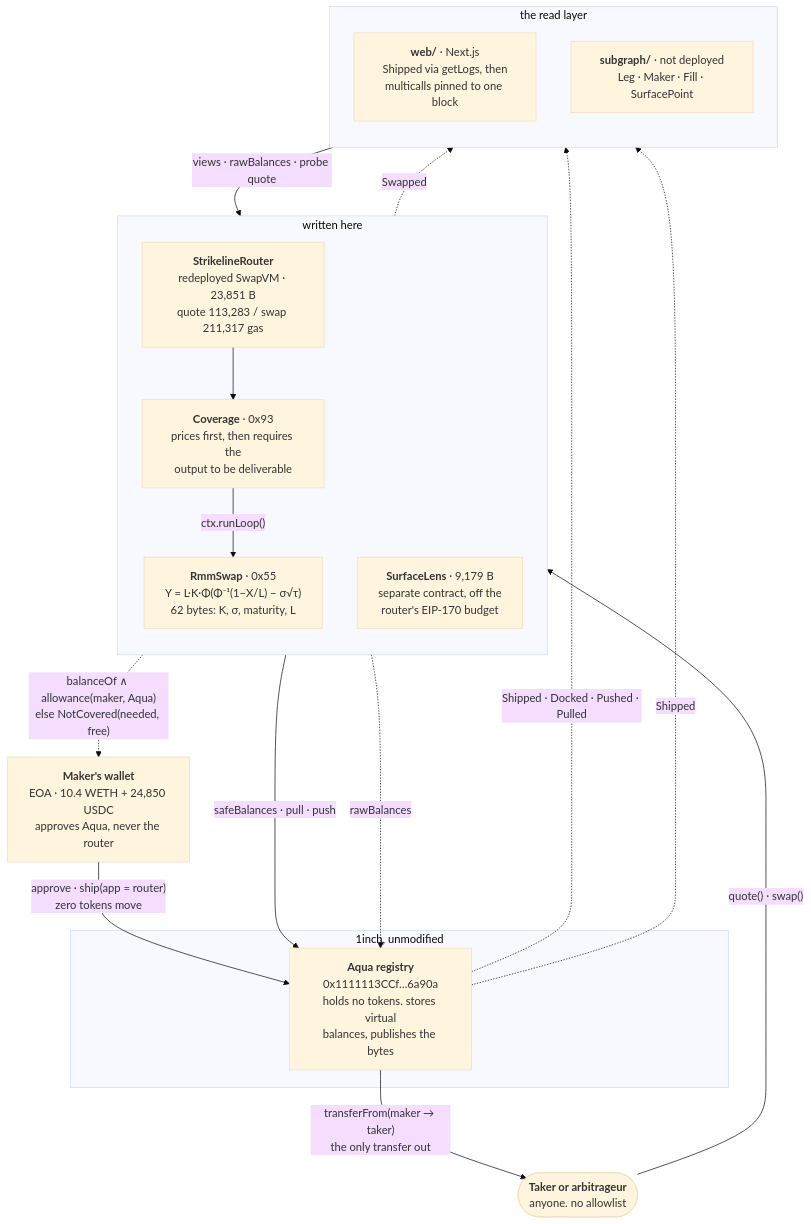
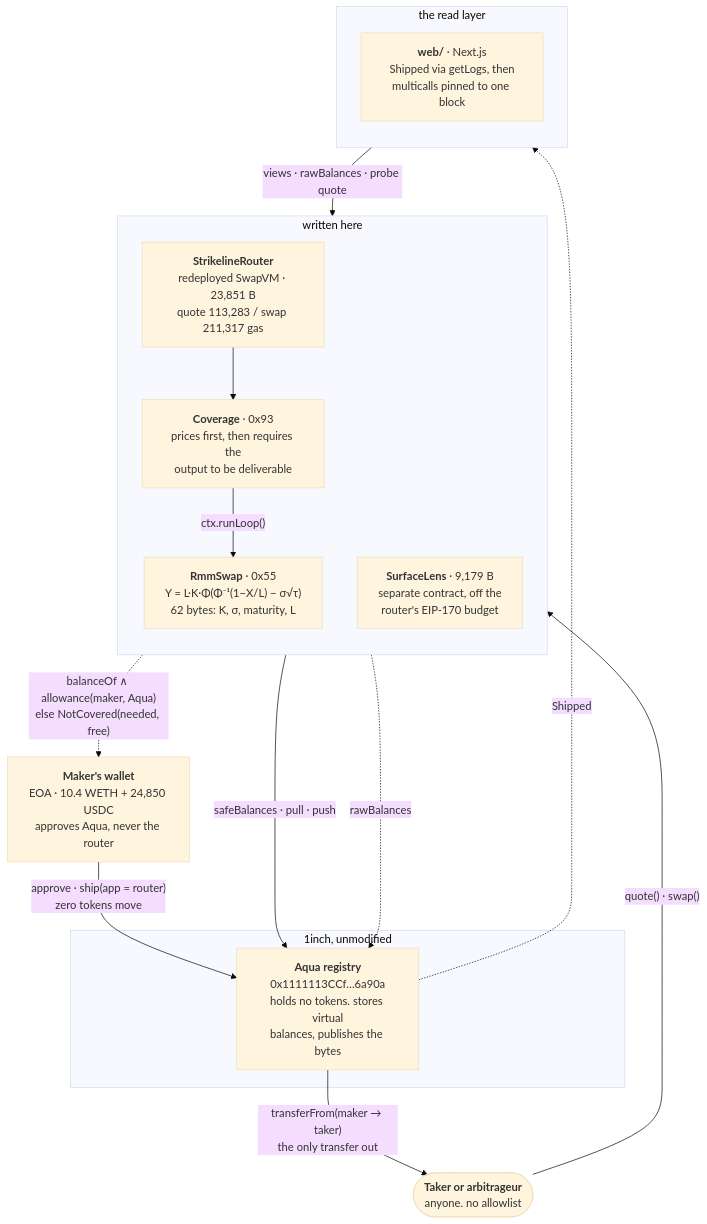
The diagram in docs/diagrams/architecture.mmd (Kirillr-Sibirski/aqua-app), drawn with Mermaid (base theme) before and after one commit. The commit also changed 5 other files, not shown here.

Commit message:
docs: drop the subgraph from the README, architecture, in-depth notes and diagram

```diff
--- a/docs/diagrams/architecture.mmd
+++ b/docs/diagrams/architecture.mmd
@@ -1,37 +1,34 @@
 %% Strikeline architecture. Source of truth: the fenced block in docs/ARCHITECTURE.md.
 %% Regenerate this file and architecture.svg with the two commands at the end of that document.
 flowchart TB
   wallet["<b>Maker's wallet</b><br/>EOA · 10.4 WETH + 24,850 USDC<br/>approves Aqua, never the router"]
   taker(["<b>Taker or arbitrageur</b><br/>anyone. no allowlist"])
 
   subgraph ours["written here"]
     direction TB
     router["<b>StrikelineRouter</b><br/>redeployed SwapVM · 23,851 B<br/>quote 113,283 / swap 211,317 gas"]
     cov["<b>Coverage</b> · 0x93<br/>prices first, then requires the<br/>output to be deliverable"]
     rmm["<b>RmmSwap</b> · 0x55<br/>Y = L·K·Φ(Φ⁻¹(1−X/L) − σ√τ)<br/>62 bytes: K, σ, maturity, L"]
     lens["<b>SurfaceLens</b> · 9,179 B<br/>separate contract, off the<br/>router's EIP-170 budget"]
     router --> cov
     cov -- "ctx.runLoop()" --> rmm
   end
 
   subgraph inch["1inch, unmodified"]
     aqua["<b>Aqua registry</b><br/>0x1111113CCf…6a90a<br/>holds no tokens. stores virtual<br/>balances, publishes the bytes"]
   end
 
   subgraph read["the read layer"]
     direction TB
     web["<b>web/</b> · Next.js<br/>Shipped via getLogs, then<br/>multicalls pinned to one block"]
-    graphnode["<b>subgraph/</b> · not deployed<br/>Leg · Maker · Fill · SurfacePoint"]
   end
 
   wallet -- "approve · ship(app = router)<br/>zero tokens move" --> aqua
   taker -- "quote() · swap()" --> router
   router -- "safeBalances · pull · push" --> aqua
   cov -. "balanceOf ∧ allowance(maker, Aqua)<br/>else NotCovered(needed, free)" .-> wallet
   aqua -- "transferFrom(maker → taker)<br/>the only transfer out" --> taker
 
-  aqua -. "Shipped · Docked · Pushed · Pulled" .-> graphnode
-  router -. "Swapped" .-> graphnode
   aqua -. "Shipped" .-> web
   web -- "views · rawBalances · probe quote" --> router
   lens -. "rawBalances" .-> aqua
```
